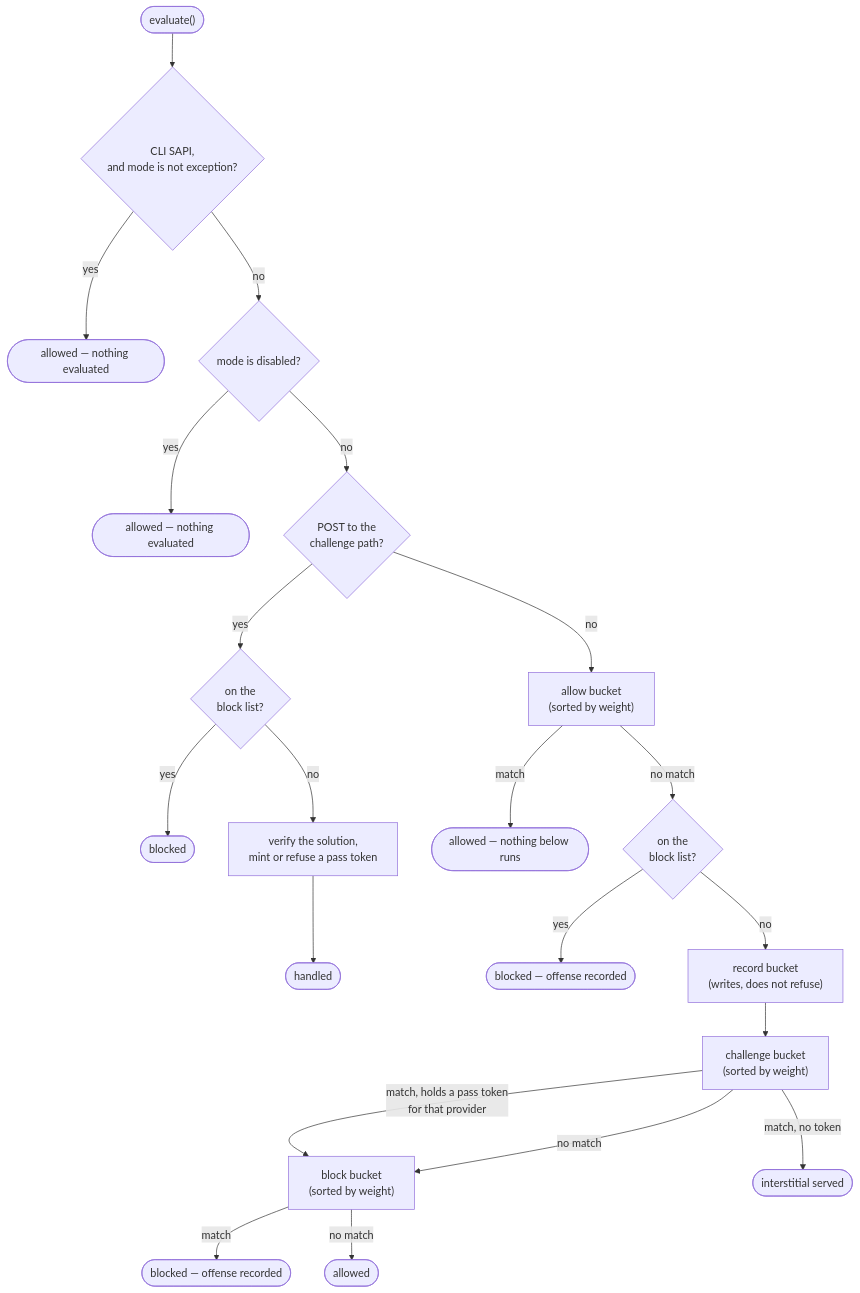
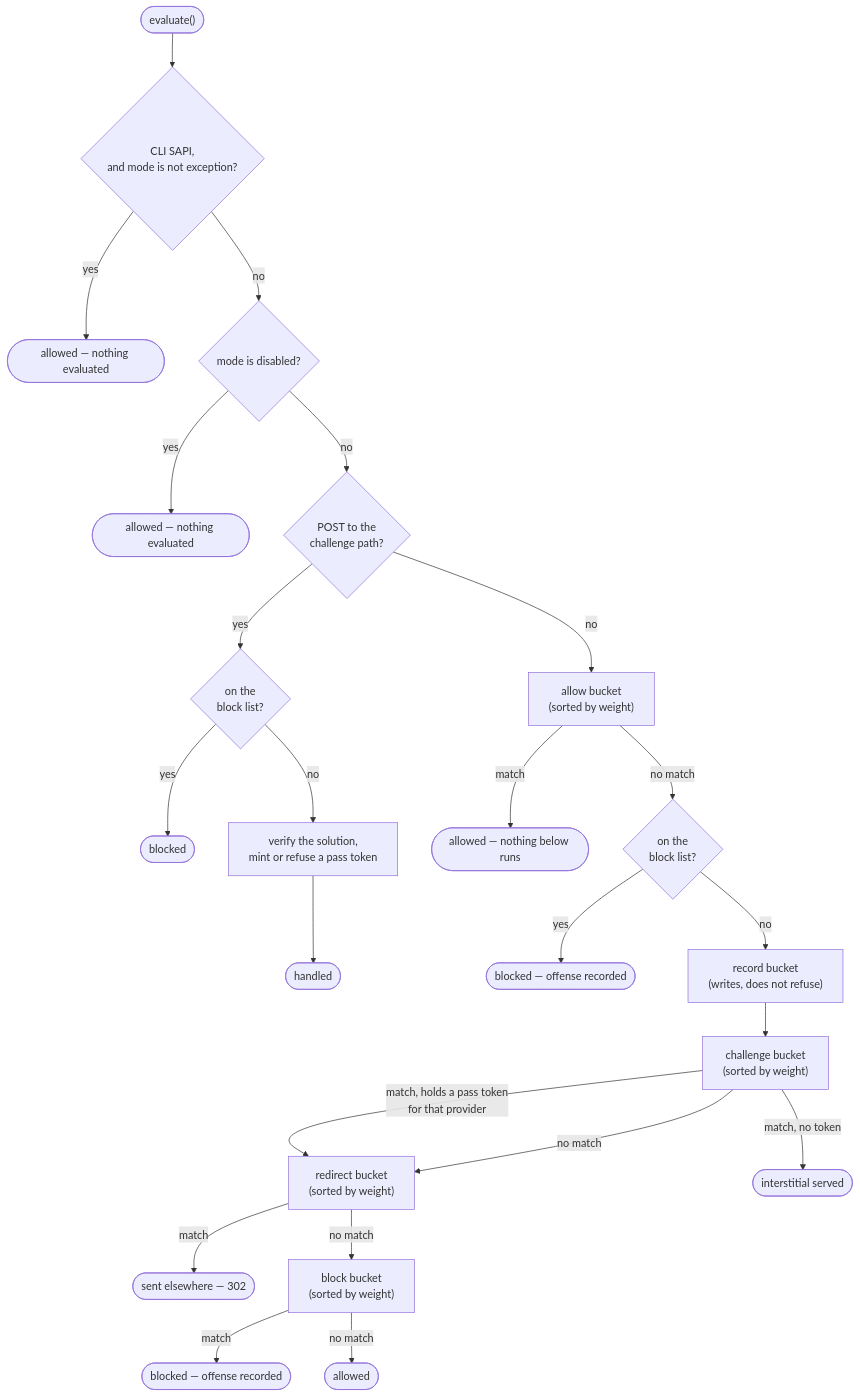
Before and after one commit to kanopi/firewall: the diagram in docs/reference/evaluation-order.md, drawn with Mermaid. The commit also changed other lines of this file and 7 other files, not shown here.

````diff
--- a/docs/reference/evaluation-order.md
+++ b/docs/reference/evaluation-order.md
@@ -7,28 +7,30 @@
 ```mermaid
 flowchart TD
     START(["evaluate()"]) --> CLI{"CLI SAPI,<br/>and mode is not exception?"}
     CLI -->|yes| ALLOW1(["allowed — nothing evaluated"])
     CLI -->|no| DISABLED{"mode is disabled?"}
     DISABLED -->|yes| ALLOW2(["allowed — nothing evaluated"])
     DISABLED -->|no| SUB{"POST to the<br/>challenge path?"}
 
     SUB -->|yes| SUBLIST{"on the<br/>block list?"}
     SUBLIST -->|yes| BLOCKED1(["blocked"])
     SUBLIST -->|no| SOLVE["verify the solution,<br/>mint or refuse a pass token"]
     SOLVE --> DONE(["handled"])
 
     SUB -->|no| BUCKET1["allow bucket<br/>(sorted by weight)"]
     BUCKET1 -->|match| ALLOW3(["allowed — nothing below runs"])
     BUCKET1 -->|no match| LIST{"on the<br/>block list?"}
 
     LIST -->|yes| BLOCKED2(["blocked — offense recorded"])
     LIST -->|no| REC["record bucket<br/>(writes, does not refuse)"]
     REC --> BUCKET2["challenge bucket<br/>(sorted by weight)"]
 
-    BUCKET2 -->|"match, holds a pass token<br/>for that provider"| BUCKET3
+    BUCKET2 -->|"match, holds a pass token<br/>for that provider"| RDR
     BUCKET2 -->|"match, no token"| CHALLENGE(["interstitial served"])
-    BUCKET2 -->|"no match"| BUCKET3["block bucket<br/>(sorted by weight)"]
+    BUCKET2 -->|"no match"| RDR["redirect bucket<br/>(sorted by weight)"]
+    RDR -->|match| SENT(["sent elsewhere — 302"])
+    RDR -->|no match| BUCKET3["block bucket<br/>(sorted by weight)"]
 
     BUCKET3 -->|match| BLOCKED3(["blocked — offense recorded"])
     BUCKET3 -->|no match| ALLOW4(["allowed"])
 ```
````
